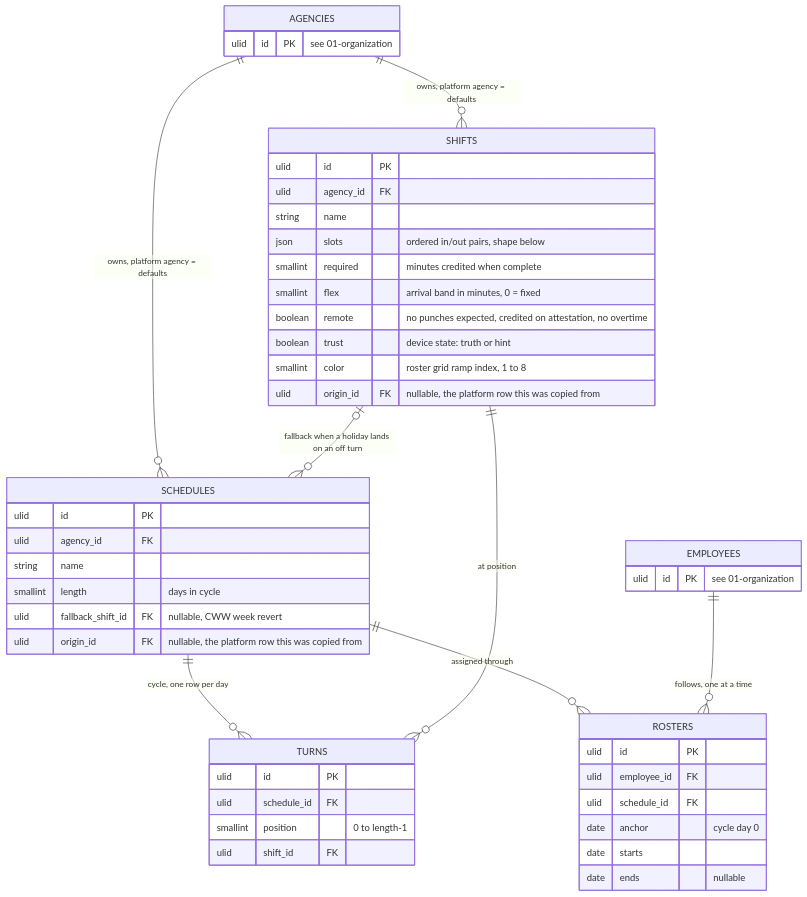
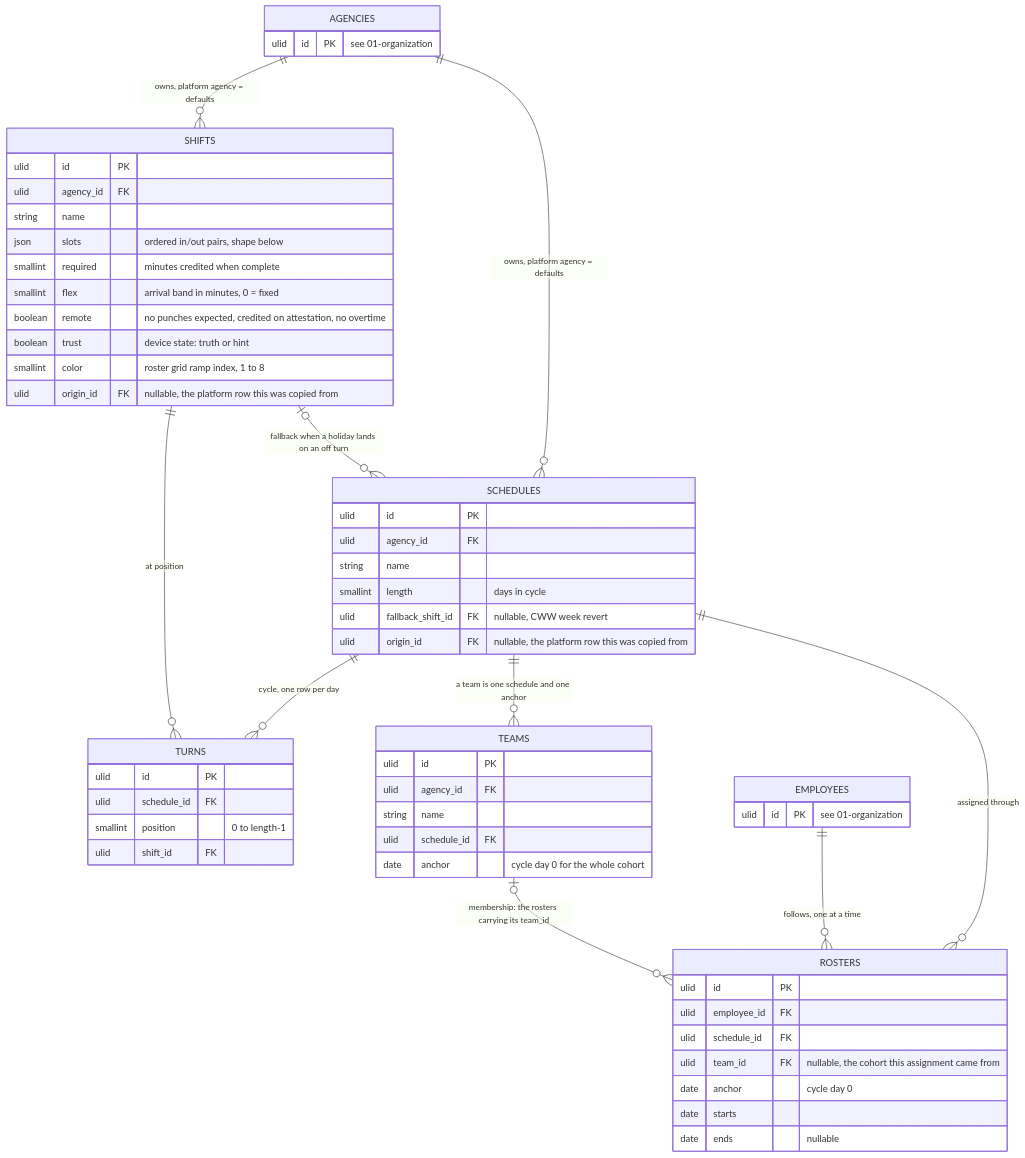
One commit to joowdx/khronoz changed the diagram in docs/design/04-scheduling.md. Above: the diagram before and after it, drawn with Mermaid. The commit also changed other lines of this file and 28 other files, not shown here.

````diff
--- a/docs/design/04-scheduling.md
+++ b/docs/design/04-scheduling.md
@@ -3,51 +3,61 @@
 ```mermaid
 erDiagram
     AGENCIES  ||--o{ SHIFTS    : "owns, platform agency = defaults"
     AGENCIES  ||--o{ SCHEDULES : "owns, platform agency = defaults"
     SCHEDULES ||--o{ TURNS     : "cycle, one row per day"
     SHIFTS    ||--o{ TURNS     : "at position"
     SHIFTS    |o--o{ SCHEDULES : "fallback when a holiday lands on an off turn"
+    SCHEDULES ||--o{ TEAMS     : "a team is one schedule and one anchor"
     SCHEDULES ||--o{ ROSTERS   : "assigned through"
+    TEAMS     |o--o{ ROSTERS   : "membership: the rosters carrying its team_id"
     EMPLOYEES ||--o{ ROSTERS   : "follows, one at a time"
 
     SHIFTS {
         ulid id PK
         ulid agency_id FK
         string name
         json slots "ordered in/out pairs, shape below"
         smallint required "minutes credited when complete"
         smallint flex "arrival band in minutes, 0 = fixed"
         boolean remote "no punches expected, credited on attestation, no overtime"
         boolean trust "device state: truth or hint"
         smallint color "roster grid ramp index, 1 to 8"
         ulid origin_id FK "nullable, the platform row this was copied from"
     }
     SCHEDULES {
         ulid id PK
         ulid agency_id FK
         string name
         smallint length "days in cycle"
         ulid fallback_shift_id FK "nullable, CWW week revert"
         ulid origin_id FK "nullable, the platform row this was copied from"
     }
     TURNS {
         ulid id PK
         ulid schedule_id FK
         smallint position "0 to length-1"
         ulid shift_id FK
     }
+    TEAMS {
+        ulid id PK
+        ulid agency_id FK
+        string name
+        ulid schedule_id FK
+        date anchor "cycle day 0 for the whole cohort"
+    }
     ROSTERS {
         ulid id PK
         ulid employee_id FK
         ulid schedule_id FK
+        ulid team_id FK "nullable, the cohort this assignment came from"
         date anchor "cycle day 0"
         date starts
         date ends "nullable"
     }
     AGENCIES {
         ulid id PK "see 01-organization"
     }
     EMPLOYEES {
         ulid id PK "see 01-organization"
     }
 ```
````
